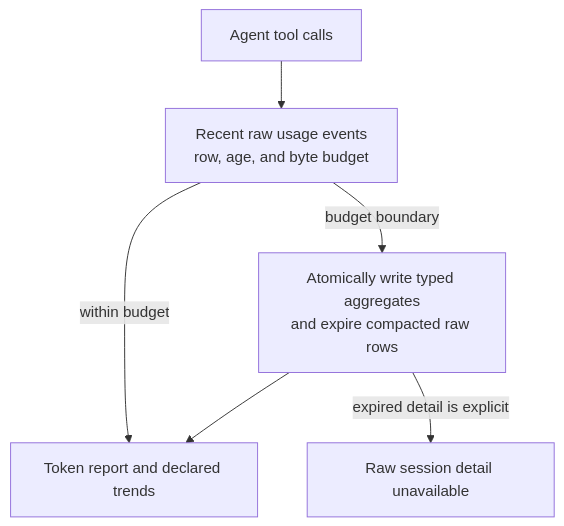
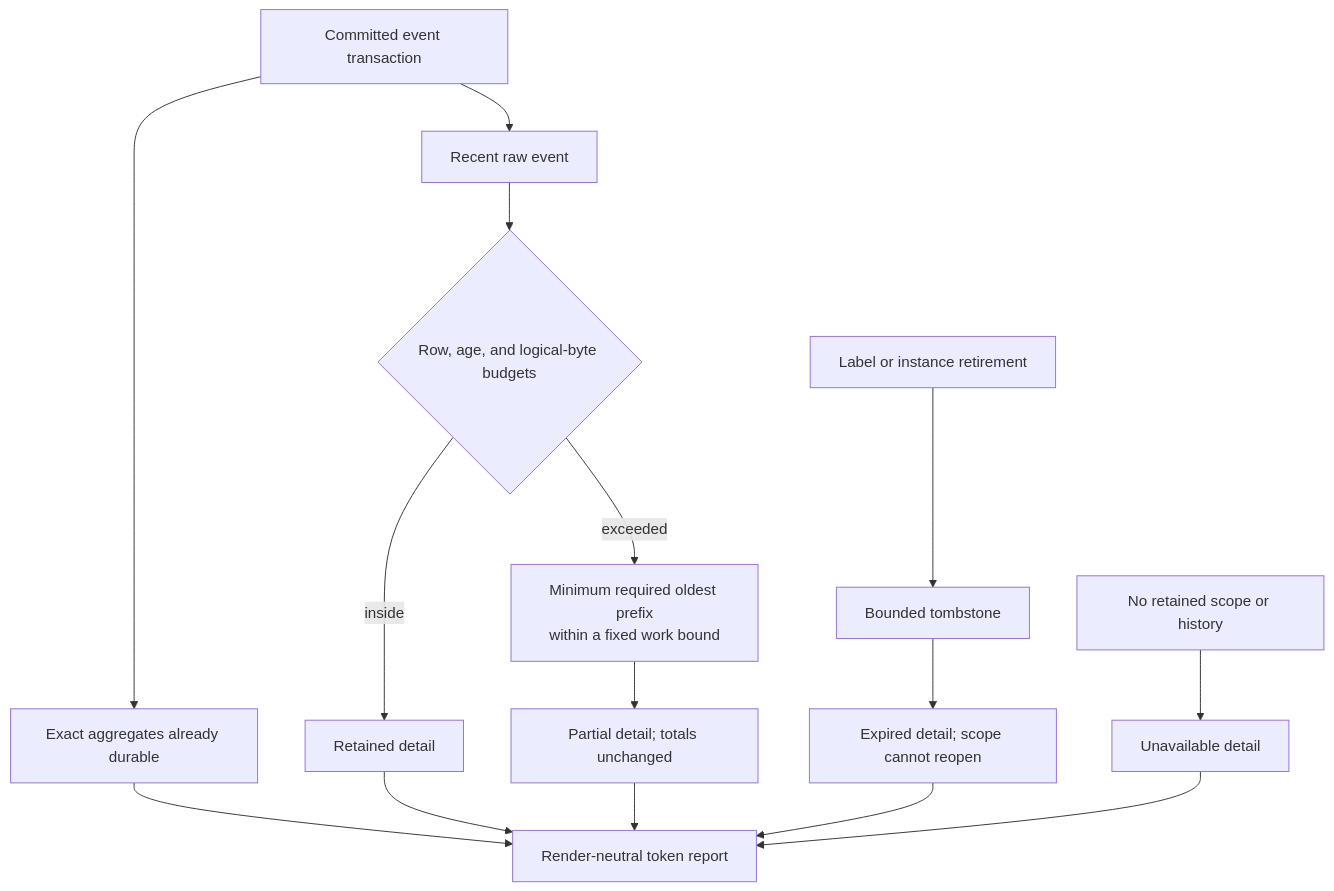
One commit to styler-ai/ProjectAtlas changed the tenth of 16 diagrams in docs/projectatlas-3-architecture.md. Above: the diagram before and after it, drawn with Mermaid. The commit also changed other lines of this file and 16 other files, not shown here.

````diff
--- a/docs/projectatlas-3-architecture.md
+++ b/docs/projectatlas-3-architecture.md
@@ -873,8 +924,17 @@
 ```mermaid
 flowchart TB
-    Calls[Agent tool calls] --> Raw[Recent raw usage events<br/>row, age, and byte budget]
-    Raw -->|within budget| Report[Token report and declared trends]
-    Raw -->|budget boundary| Rollup[Atomically write typed aggregates<br/>and expire compacted raw rows]
-    Rollup --> Report
-    Rollup -->|expired detail is explicit| Detail[Raw session detail unavailable]
+    EventTx[Committed event transaction] --> Exact[Exact aggregates already durable]
+    EventTx --> Raw[Recent raw event]
+    Raw --> Bound{Row, age, and logical-byte budgets}
+    Bound -->|inside| Retained[Retained detail]
+    Bound -->|exceeded| Compact[Minimum required oldest prefix<br/>within a fixed work bound]
+    Compact --> Partial[Partial detail; totals unchanged]
+    Retire[Label or instance retirement] --> Tombstone[Bounded tombstone]
+    Tombstone --> Expired[Expired detail; scope cannot reopen]
+    Missing[No retained scope or history] --> Unavailable[Unavailable detail]
+    Exact --> Report[Render-neutral token report]
+    Retained --> Report
+    Partial --> Report
+    Expired --> Report
+    Unavailable --> Report
 ```
````
